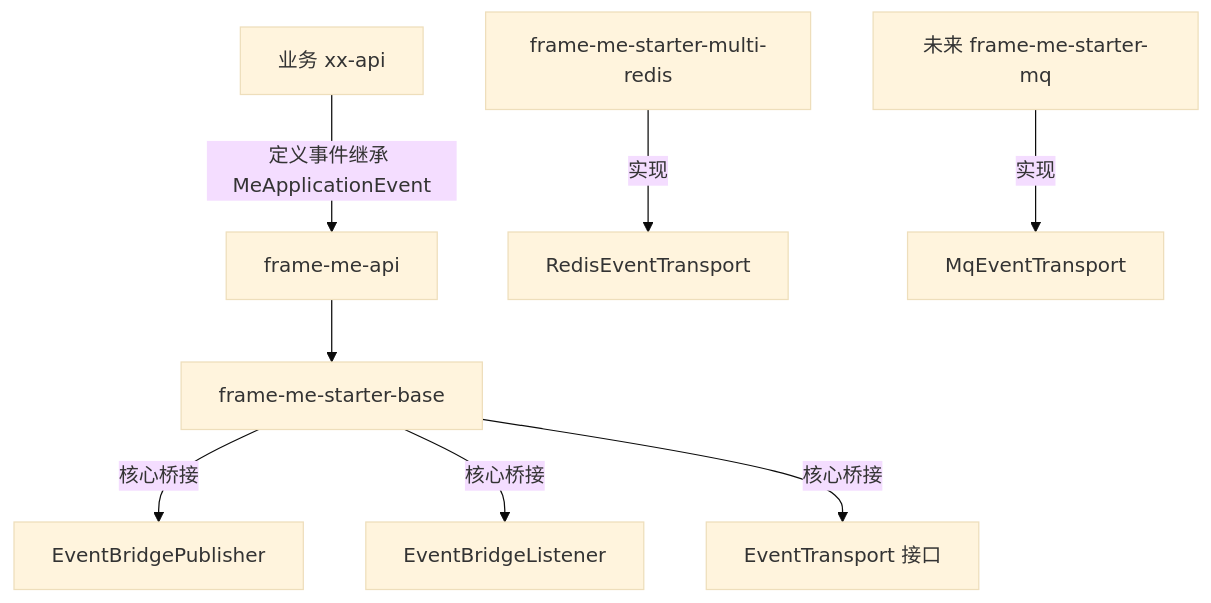
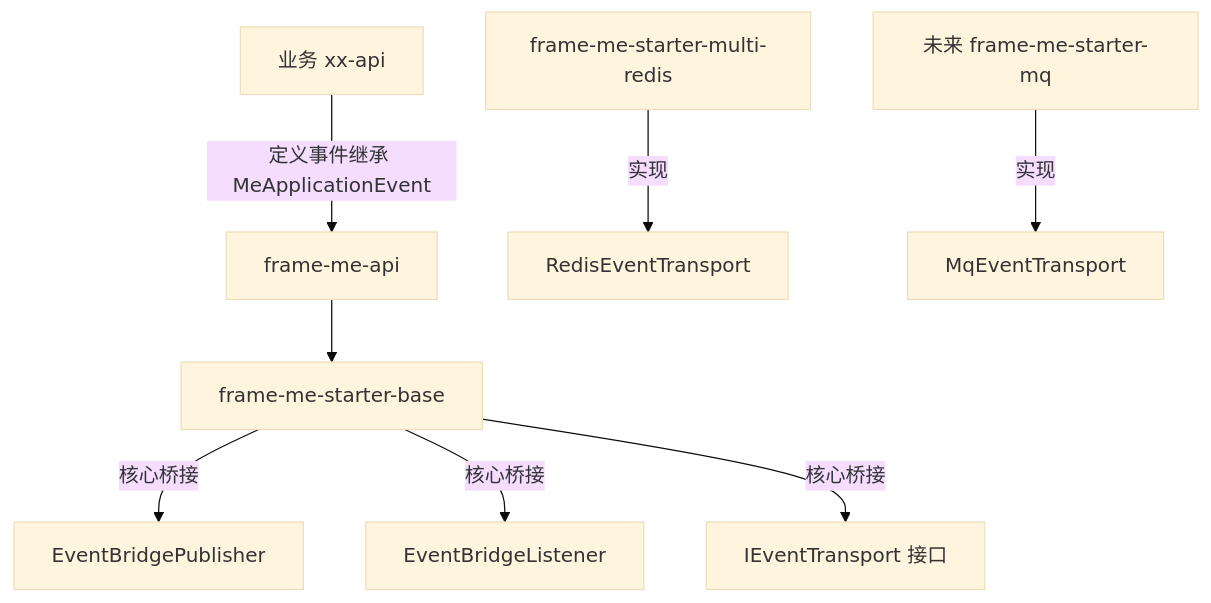
One commit to douhao4648/frame-me-parent changed the first of 6 diagrams in docs/guides/event-bridge.md. Above: the diagram before and after it, drawn with Mermaid (base theme). The commit also changed other lines of this file and 83 other files, not shown here.

````diff
--- a/docs/guides/event-bridge.md
+++ b/docs/guides/event-bridge.md
@@ -40,10 +42,10 @@
 ```mermaid
 graph TD
     A[业务 xx-api] -->|定义事件继承 MeApplicationEvent| B[frame-me-api]
     B --> C[frame-me-starter-base]
     C -->|核心桥接| D[EventBridgePublisher]
     C -->|核心桥接| E[EventBridgeListener]
-    C -->|核心桥接| F[EventTransport 接口]
+    C -->|核心桥接| F[IEventTransport 接口]
     G[frame-me-starter-multi-redis] -->|实现| H[RedisEventTransport]
     I[未来 frame-me-starter-mq] -->|实现| J[MqEventTransport]
 ```
````
